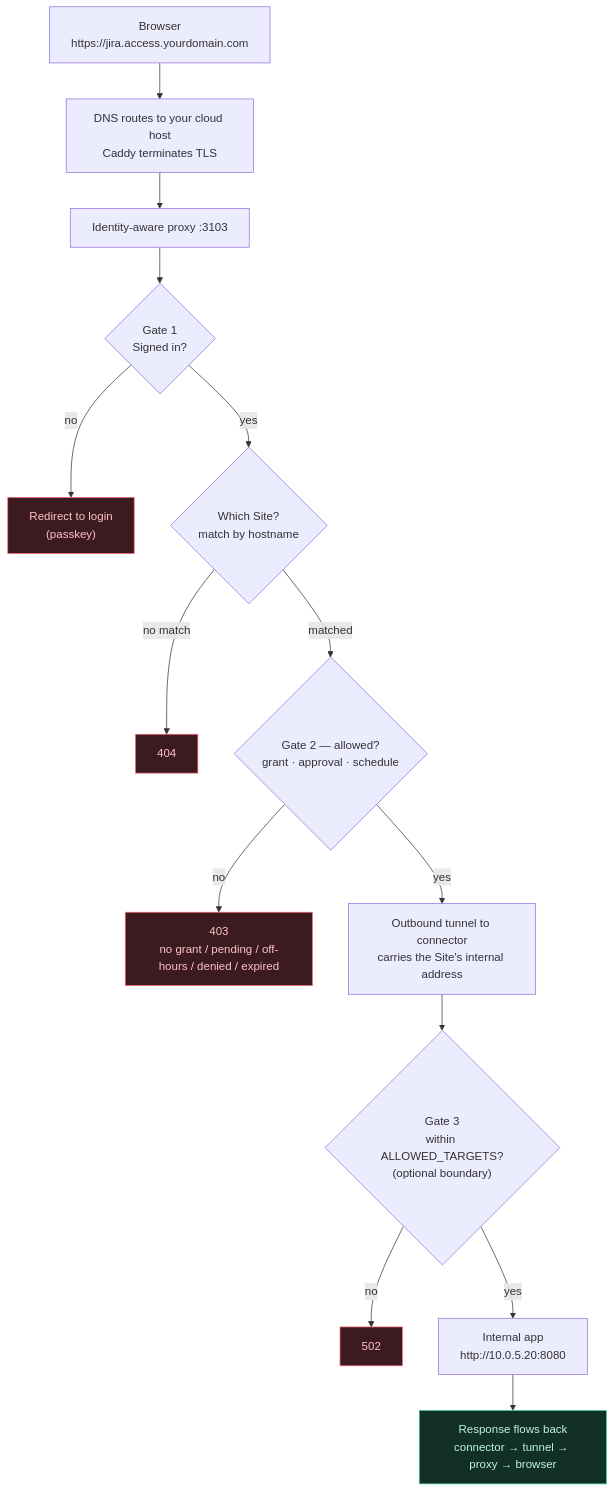
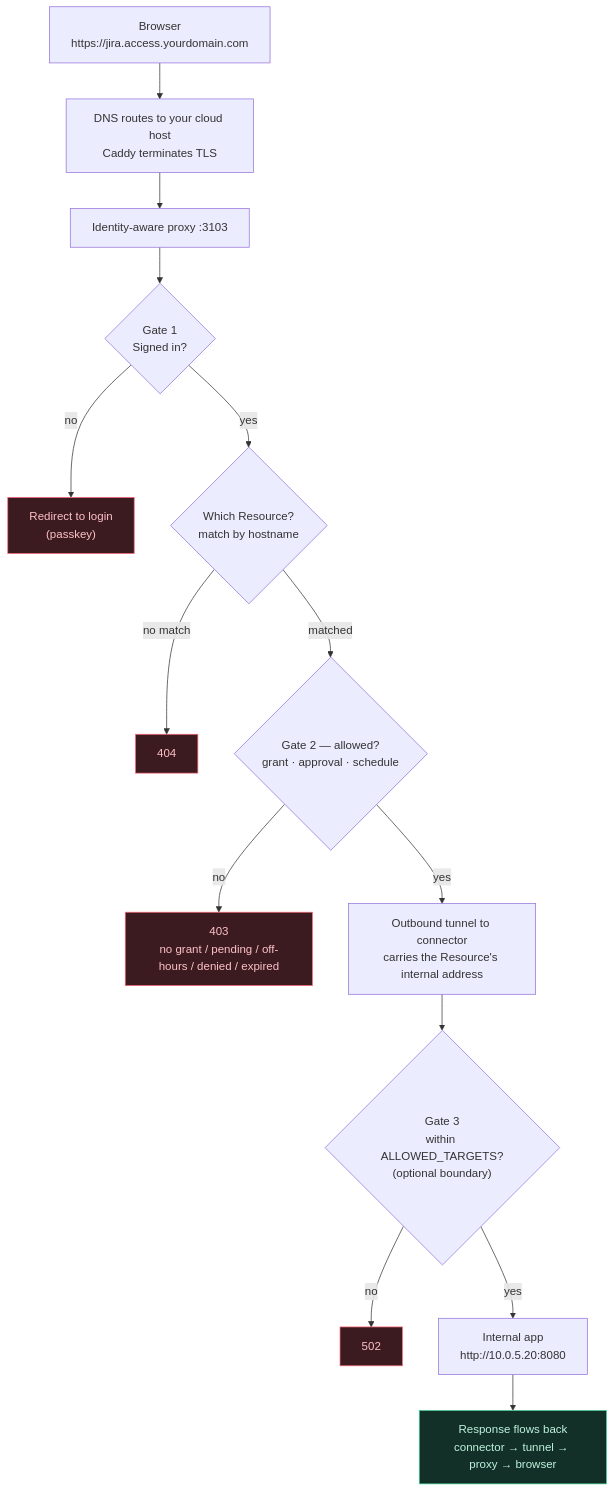
One commit to kurtserdar/captivo-access changed the first of 2 diagrams in docs/how-it-works.md. Above: the diagram before and after it, drawn with Mermaid. The commit also changed other lines of this file and 3 other files, not shown here.

````diff
--- a/docs/how-it-works.md
+++ b/docs/how-it-works.md
@@ -58,21 +58,21 @@
 ```mermaid
 flowchart TD
     A["Browser<br/>https://jira.access.yourdomain.com"] --> B["DNS routes to your cloud host<br/>Caddy terminates TLS"]
     B --> C["Identity-aware proxy :3103"]
     C --> G1{"Gate 1<br/>Signed in?"}
     G1 -->|no| L["Redirect to login<br/>(passkey)"]
-    G1 -->|yes| M{"Which Site?<br/>match by hostname"}
+    G1 -->|yes| M{"Which Resource?<br/>match by hostname"}
     M -->|no match| E404["404"]
     M -->|matched| G2{"Gate 2 — allowed?<br/>grant · approval · schedule"}
     G2 -->|no| E403["403<br/>no grant / pending / off-hours / denied / expired"]
-    G2 -->|yes| T["Outbound tunnel to connector<br/>carries the Site's internal address"]
+    G2 -->|yes| T["Outbound tunnel to connector<br/>carries the Resource's internal address"]
     T --> G3{"Gate 3<br/>within ALLOWED_TARGETS?<br/>(optional boundary)"}
     G3 -->|no| E502["502"]
     G3 -->|yes| APP["Internal app<br/>http://10.0.5.20:8080"]
     APP --> R["Response flows back<br/>connector → tunnel → proxy → browser"]
 
     classDef deny fill:#3b1b20,stroke:#ff6b7a,color:#ffc2c8;
     classDef ok fill:#123027,stroke:#42d19a,color:#bff3df;
     class L,E404,E403,E502 deny;
     class R ok;
 ```
````
